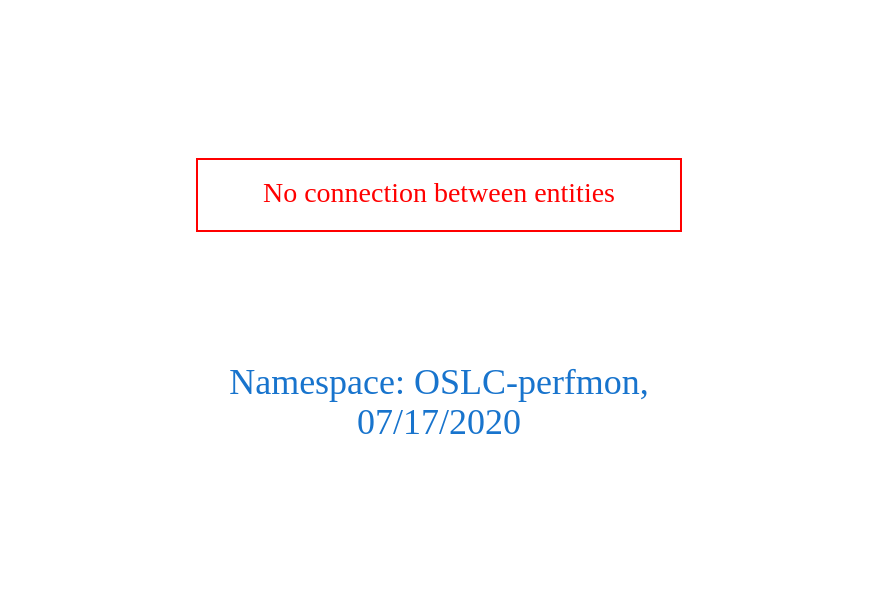
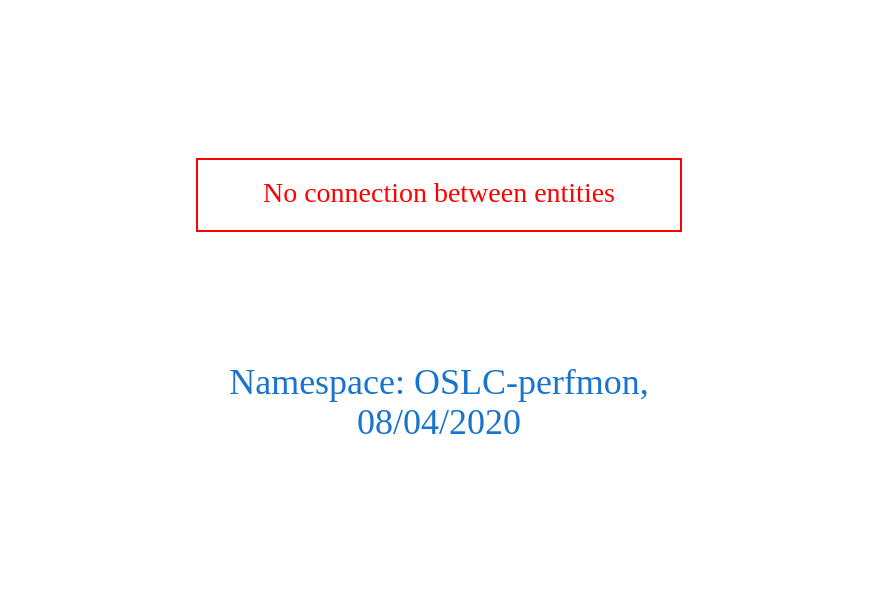
Before and after one commit to arago/OGIT: the diagram in downloads/OSLC-perfmon.dot, drawn with Graphviz. The commit also changed 1760 other files, not shown here.

```diff
--- a/downloads/OSLC-perfmon.dot
+++ b/downloads/OSLC-perfmon.dot
@@ -1,9 +1,9 @@
 digraph OGIT_ontology {
  graph [ rankdir= LR,pad=1 
 fontsize = 18,
-fontcolor= dodgerblue3,label = "\n\n\nNamespace: OSLC-perfmon, \n 07/17/2020"];
+fontcolor= dodgerblue3,label = "\n\n\nNamespace: OSLC-perfmon, \n 08/04/2020"];
 node[shape=polygon];
 edge [  color="gray81"];
 
 "No connection between entities" [fontcolor = "red",color="red", shape="polygon"]
 }
```
